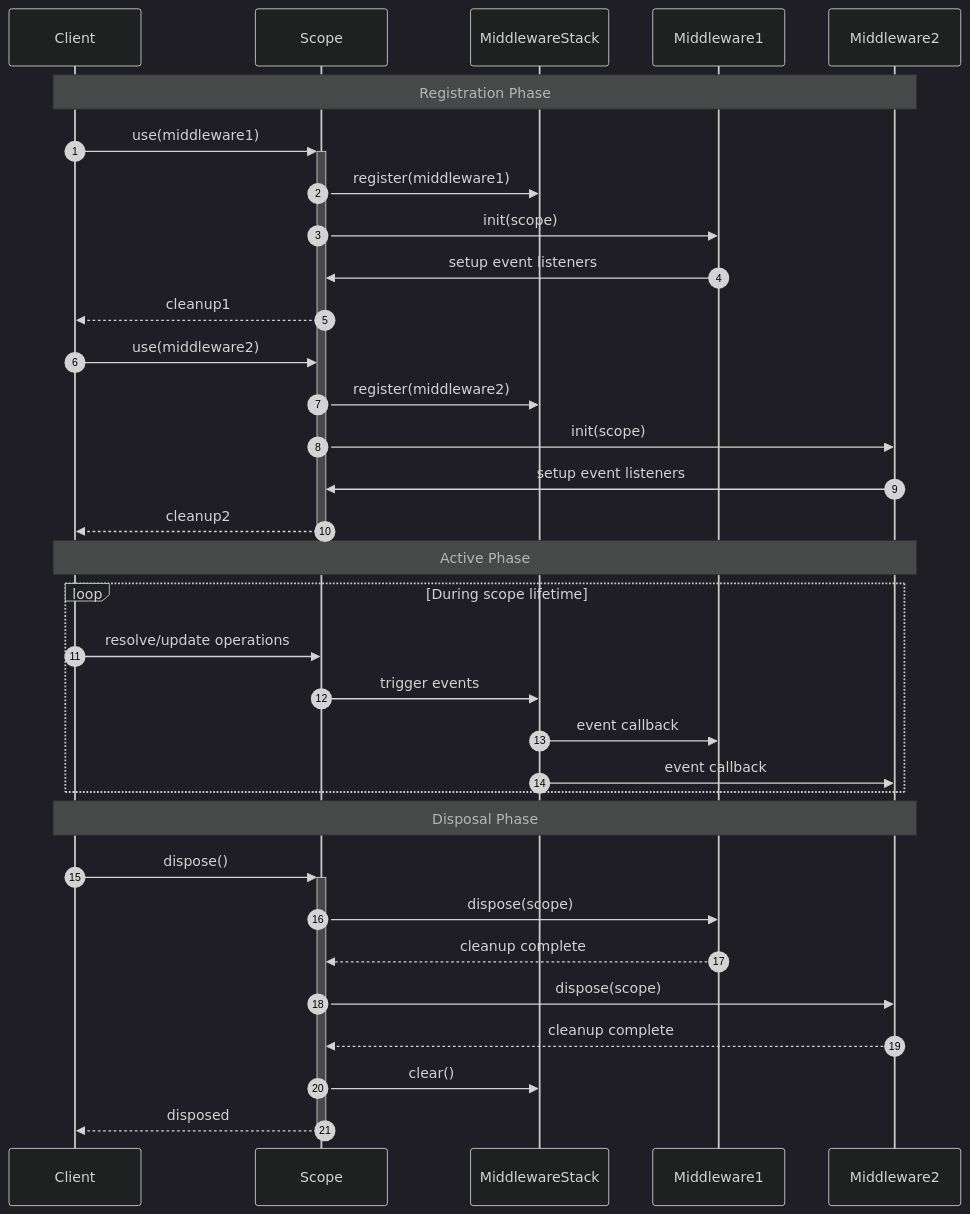
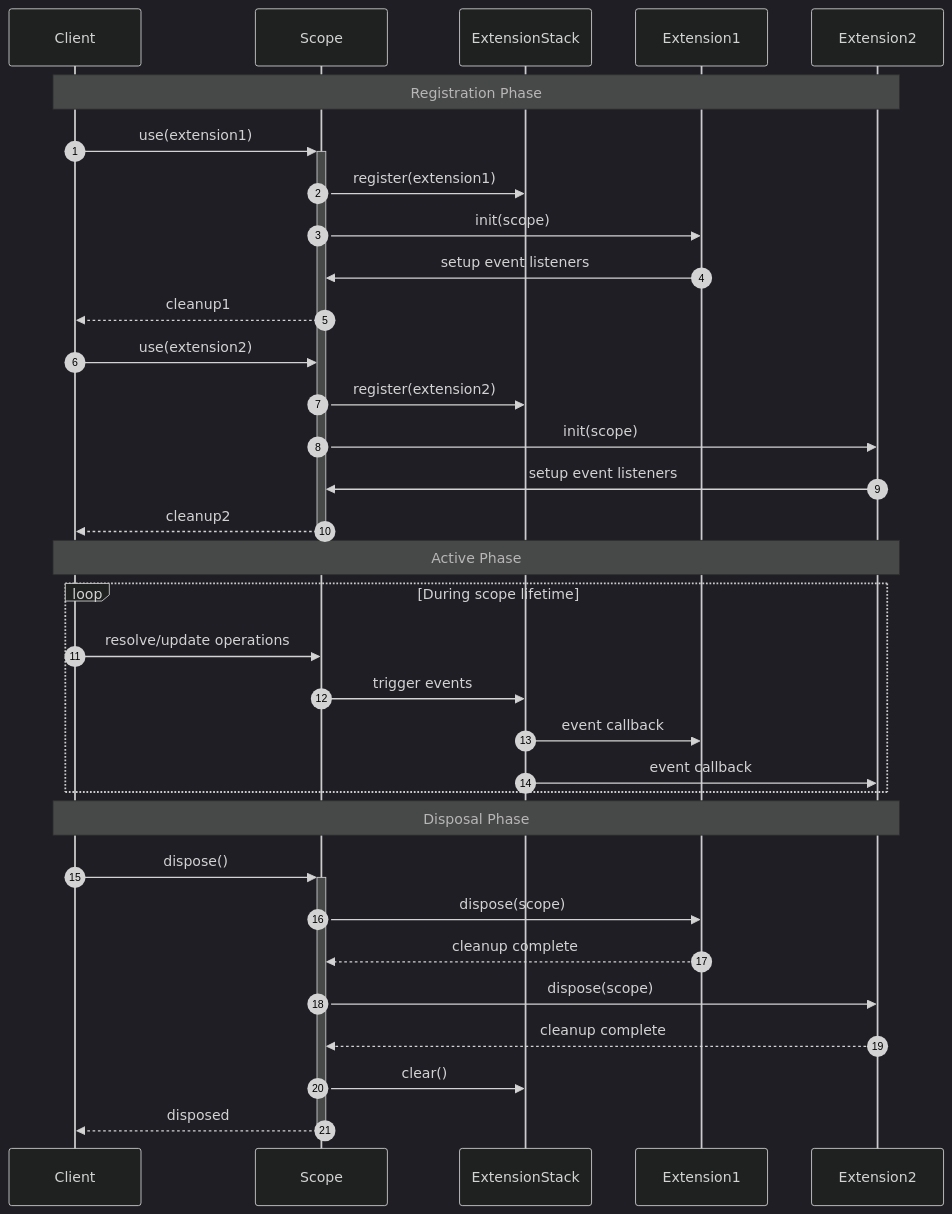
Before and after one commit to pumped-fn/pumped-go: the tenth of 10 diagrams in docs/how-does-it-work.md, drawn with Mermaid (dark theme). The commit also changed other lines of this file and 48 other files, not shown here.

First line of the commit message:
feat: changed plugin to extension, unified the API for both scope and plugin

````diff
--- a/docs/how-does-it-work.md
+++ b/docs/how-does-it-work.md
@@ -480,45 +528,45 @@
 ```mermaid
 sequenceDiagram
     autonumber
     participant Client
     participant Scope
-    participant MiddlewareStack
-    participant Middleware1
-    participant Middleware2
-    
-    Note over Client,Middleware2: Registration Phase
-    
-    Client->>+Scope: use(middleware1)
-    Scope->>MiddlewareStack: register(middleware1)
-    Scope->>Middleware1: init(scope)
-    Middleware1->>Scope: setup event listeners
+    participant ExtensionStack
+    participant Extension1
+    participant Extension2
+
+    Note over Client,Extension2: Registration Phase
+
+    Client->>+Scope: use(extension1)
+    Scope->>ExtensionStack: register(extension1)
+    Scope->>Extension1: init(scope)
+    Extension1->>Scope: setup event listeners
     Scope-->>Client: cleanup1
-    
-    Client->>Scope: use(middleware2)
-    Scope->>MiddlewareStack: register(middleware2)
-    Scope->>Middleware2: init(scope)
-    Middleware2->>Scope: setup event listeners
+
+    Client->>Scope: use(extension2)
+    Scope->>ExtensionStack: register(extension2)
+    Scope->>Extension2: init(scope)
+    Extension2->>Scope: setup event listeners
     Scope-->>-Client: cleanup2
-    
-    Note over Client,Middleware2: Active Phase
-    
+
+    Note over Client,Extension2: Active Phase
+
     loop During scope lifetime
         Client->>Scope: resolve/update operations
-        Scope->>MiddlewareStack: trigger events
-        MiddlewareStack->>Middleware1: event callback
-        MiddlewareStack->>Middleware2: event callback
+        Scope->>ExtensionStack: trigger events
+        ExtensionStack->>Extension1: event callback
+        ExtensionStack->>Extension2: event callback
     end
-    
-    Note over Client,Middleware2: Disposal Phase
-    
+
+    Note over Client,Extension2: Disposal Phase
+
     Client->>+Scope: dispose()
-    
-    Scope->>Middleware1: dispose(scope)
-    Middleware1-->>Scope: cleanup complete
-    
-    Scope->>Middleware2: dispose(scope)
-    Middleware2-->>Scope: cleanup complete
-    
-    Scope->>MiddlewareStack: clear()
+
+    Scope->>Extension1: dispose(scope)
+    Extension1-->>Scope: cleanup complete
+
+    Scope->>Extension2: dispose(scope)
+    Extension2-->>Scope: cleanup complete
+
+    Scope->>ExtensionStack: clear()
     Scope-->>-Client: disposed
 ```
````
